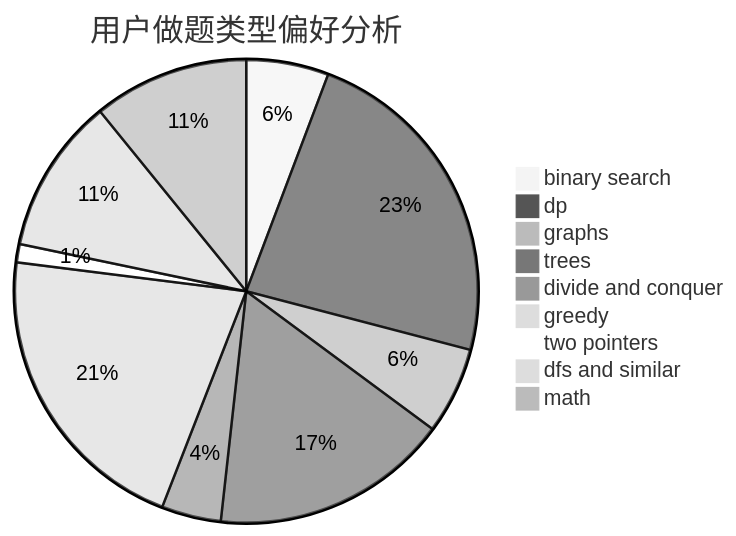
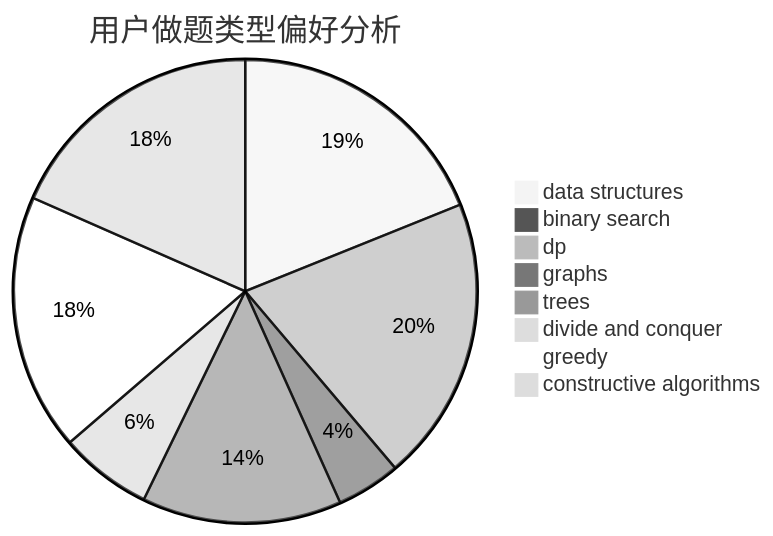
The second of 3 diagrams in docs/user/u1691.md (sherpahu/cfrs.github.io), drawn with Mermaid (neutral theme) before and after one commit. The commit also changed other lines of this file and 2775 other files, not shown here.

````diff
--- a/docs/user/u1691.md
+++ b/docs/user/u1691.md
@@ -23,12 +23,11 @@
 ```mermaid
 pie title 用户做题类型偏好分析
-    "binary search" :  18
-    "dp" :  73
-    "graphs" :  19
-    "trees" :  52
+    "data structures" :  38
+    "binary search" :  2
+    "dp" :  40
+    "graphs" :  9
+    "trees" :  28
     "divide and conquer" :  13
-    "greedy" :  66
-    "two pointers" :  4
-    "dfs and similar" :  34
-    "math" :  34
+    "greedy" :  36
+    "constructive algorithms" :  37
 ```
````
